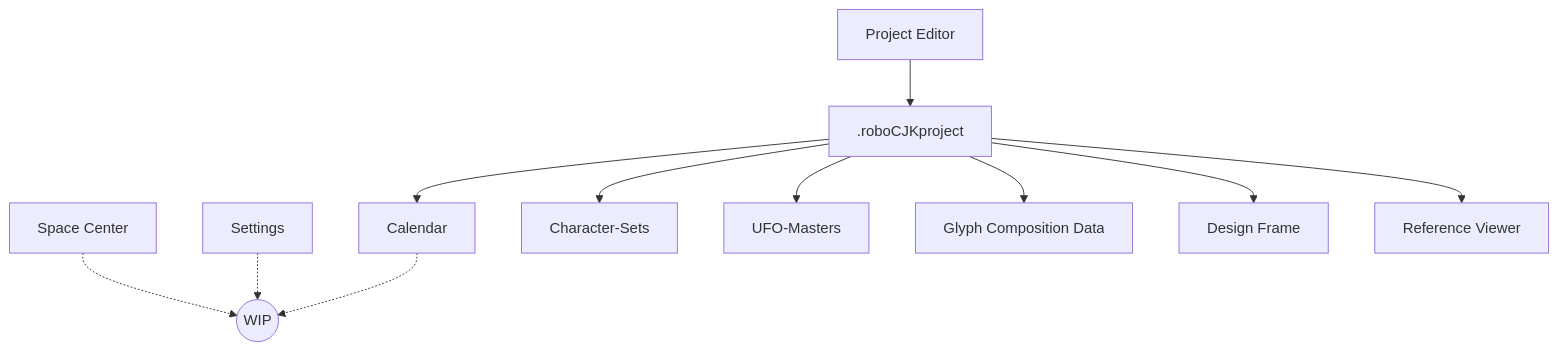
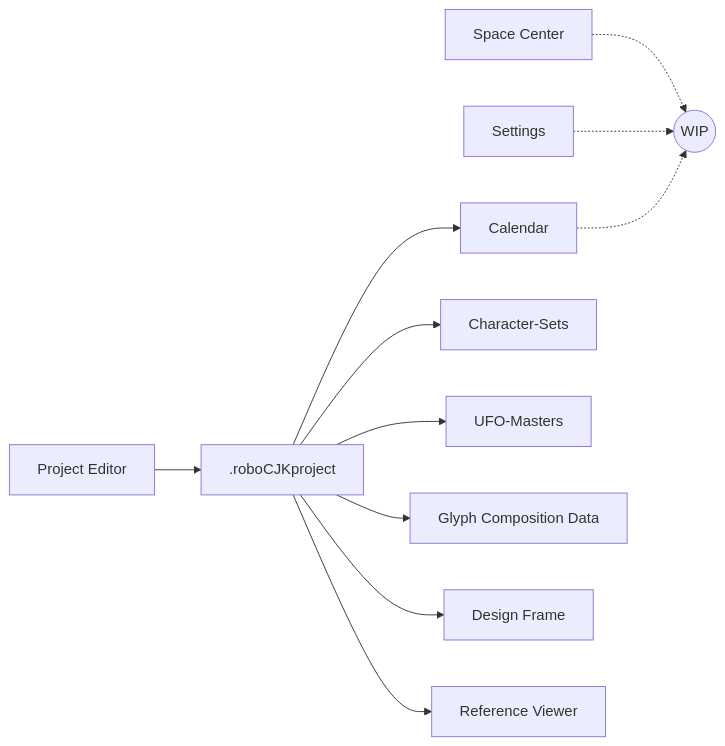
One commit to BlackFoundryCom/robo-cjk changed the diagram in mermaidDoc/Diagram.md. Above: the diagram before and after it, drawn with Mermaid. The commit also changed other lines of this file, not shown here.

Commit message:
mermaidDoc/Diagram.md updated from https://stackedit.io/

````diff
--- a/mermaidDoc/Diagram.md
+++ b/mermaidDoc/Diagram.md
@@ -2,17 +2,17 @@
 ```mermaid
-graph TD
+graph LR
 PE[Project Editor] --> .roboCJKproject
-SC[Space Center] -.->wip((WIP))
+SC[Space Center] -.-> wip((WIP))
 Settings -.-> wip((WIP))
 
  .roboCJKproject --> Calendar
  .roboCJKproject --> Character-Sets
  .roboCJKproject --> UFO-Masters
  .roboCJKproject --> gcd[Glyph Composition Data]
  .roboCJKproject --> df[Design Frame]
  .roboCJKproject --> rf[Reference Viewer]
 
 
 Calendar -.->  wip((WIP))
 
 ```
````
